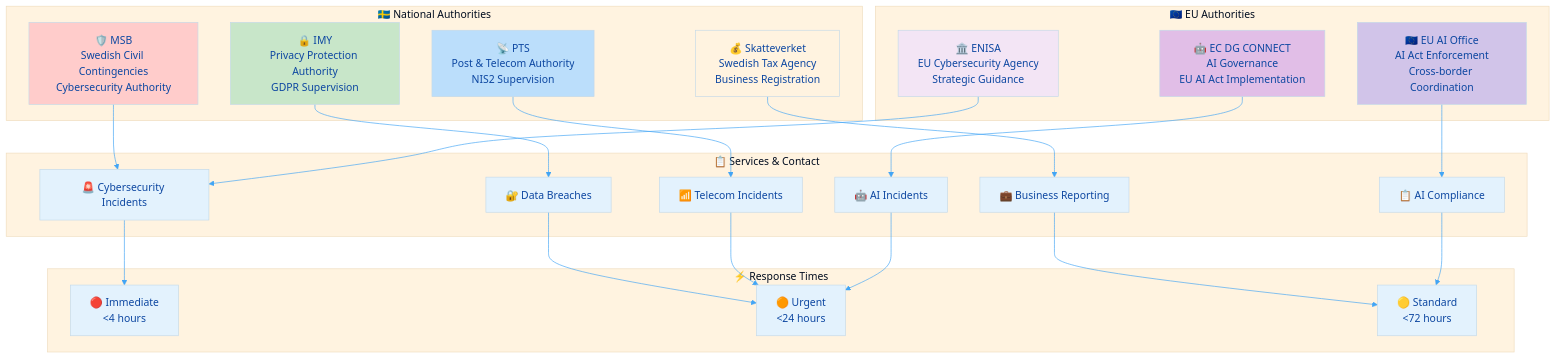
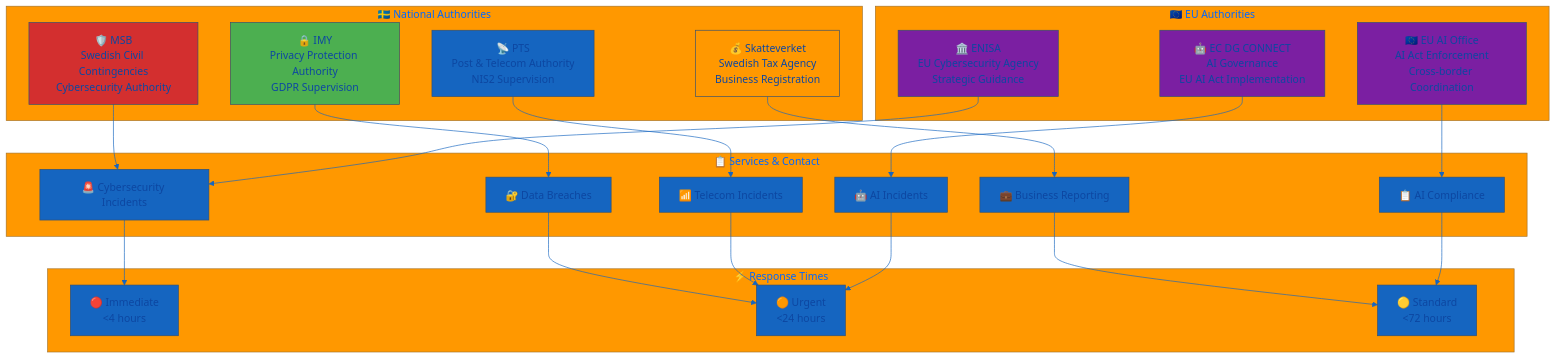
One commit to Hack23/ISMS-PUBLIC changed the first of 4 diagrams in External_Stakeholder_Registry.md. Above: the diagram before and after it, drawn with Mermaid. The commit also changed other lines of this file, not shown here.

````diff
--- a/External_Stakeholder_Registry.md
+++ b/External_Stakeholder_Registry.md
@@ -59,65 +59,65 @@
 ```mermaid
 %%{
   init: {
     'theme': 'base',
     'themeVariables': {
-      'primaryColor': '#e3f2fd',
+      'primaryColor': '#1565C0',
       'primaryTextColor': '#0d47a1',
-      'lineColor': '#42a5f5',
-      'secondaryColor': '#c8e6c9',
-      'tertiaryColor': '#fff3e0'
+      'lineColor': '#1565C0',
+      'secondaryColor': '#4CAF50',
+      'tertiaryColor': '#FF9800'
     }
   }
 }%%
 flowchart TD
     subgraph NATIONAL["🇸🇪 National Authorities"]
         MSB[🛡️ MSB<br/>Swedish Civil Contingencies<br/>Cybersecurity Authority]
         PTS[📡 PTS<br/>Post & Telecom Authority<br/>NIS2 Supervision]
         IMY[🔒 IMY<br/>Privacy Protection Authority<br/>GDPR Supervision]
         SKAT[💰 Skatteverket<br/>Swedish Tax Agency<br/>Business Registration]
     end
     
     subgraph EU["🇪🇺 EU Authorities"]
         ENISA[🏛️ ENISA<br/>EU Cybersecurity Agency<br/>Strategic Guidance]
         EU_AI[🤖 EC DG CONNECT<br/>AI Governance<br/>EU AI Act Implementation]
         AI_OFFICE[🇪🇺 EU AI Office<br/>AI Act Enforcement<br/>Cross-border Coordination]
     end
     
     subgraph SERVICES["📋 Services & Contact"]
         CYBER[🚨 Cybersecurity Incidents]
         PRIVACY[🔐 Data Breaches]
         TAX[💼 Business Reporting]
         TELECOM[📶 Telecom Incidents]
         AI_INCIDENT[🤖 AI Incidents]
         AI_COMPLIANCE[📋 AI Compliance]
     end
     
     subgraph RESPONSE["⚡ Response Times"]
         IMMEDIATE[🔴 Immediate<br/><4 hours]
         URGENT[🟠 Urgent<br/><24 hours]
         STANDARD[🟡 Standard<br/><72 hours]
     end
     
     MSB --> CYBER
     IMY --> PRIVACY
     SKAT --> TAX
     PTS --> TELECOM
     EU_AI --> AI_INCIDENT
     AI_OFFICE --> AI_COMPLIANCE
     ENISA --> CYBER
     
     CYBER --> IMMEDIATE
     PRIVACY --> URGENT
     TELECOM --> URGENT
     TAX --> STANDARD
     AI_INCIDENT --> URGENT
     AI_COMPLIANCE --> STANDARD
     
-    style MSB fill:#ffcccb
-    style IMY fill:#c8e6c9
-    style PTS fill:#bbdefb
-    style SKAT fill:#fff3e0
-    style EU_AI fill:#e1bee7
-    style AI_OFFICE fill:#d1c4e9
-    style ENISA fill:#f3e5f5
+    style MSB fill:#D32F2F
+    style IMY fill:#4CAF50
+    style PTS fill:#1565C0
+    style SKAT fill:#FF9800
+    style EU_AI fill:#7B1FA2
+    style AI_OFFICE fill:#7B1FA2
+    style ENISA fill:#7B1FA2
 ```
````
